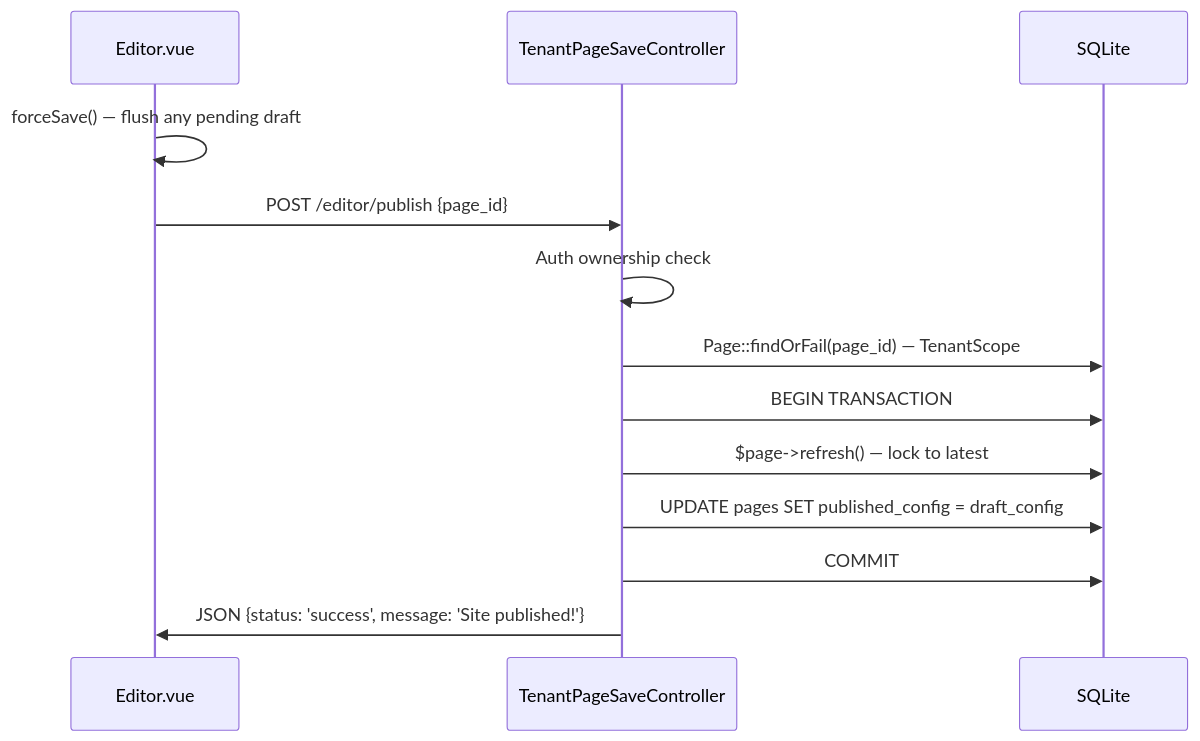
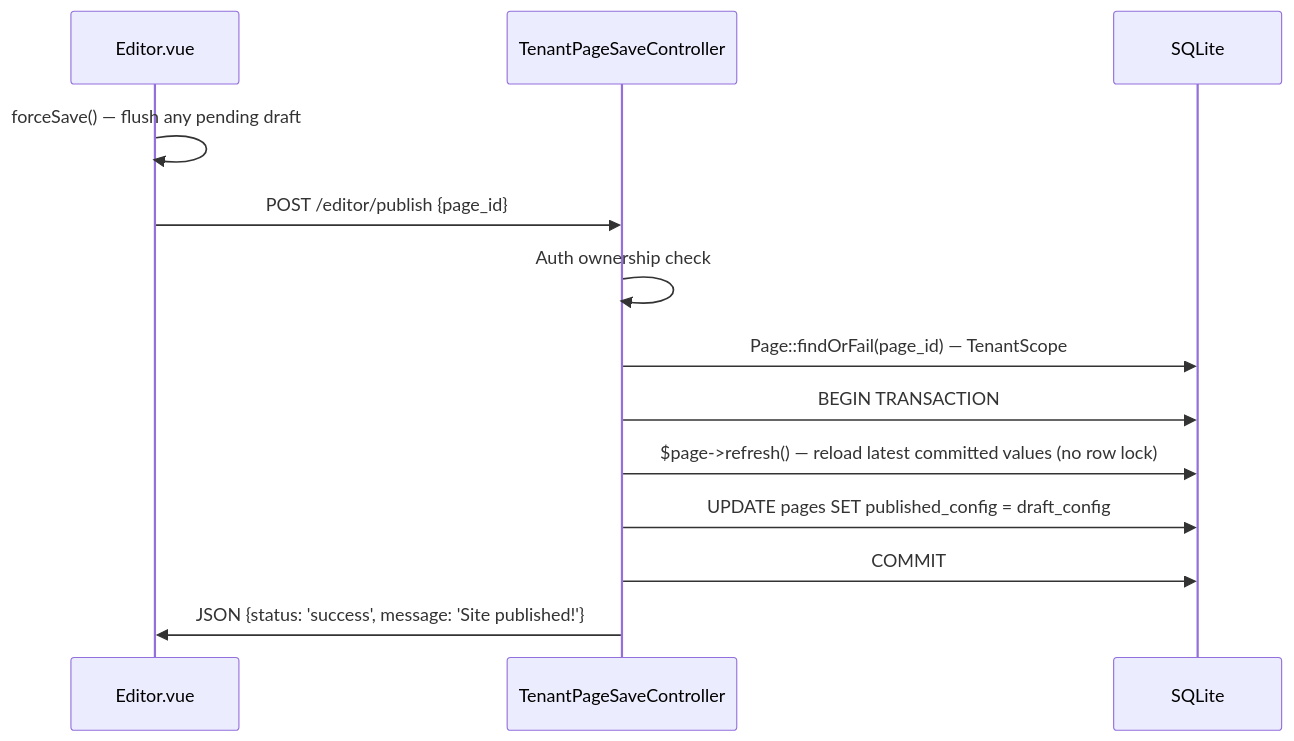
One commit to TDRodney/web-builder changed the fifth of 7 diagrams in spec.md. Above: the diagram before and after it, drawn with Mermaid. The commit also changed other lines of this file and 2 other files, not shown here.

````diff
--- a/spec.md
+++ b/spec.md
@@ -428,16 +433,16 @@
 ```mermaid
 sequenceDiagram
     participant UI as Editor.vue
     participant Server as TenantPageSaveController
     participant DB as SQLite
 
     UI->>UI: forceSave() — flush any pending draft
     UI->>Server: POST /editor/publish {page_id}
     Server->>Server: Auth ownership check
     Server->>DB: Page::findOrFail(page_id) — TenantScope
     Server->>DB: BEGIN TRANSACTION
-    Server->>DB: $page->refresh() — lock to latest
+    Server->>DB: $page->refresh() — reload latest committed values (no row lock)
     Server->>DB: UPDATE pages SET published_config = draft_config
     Server->>DB: COMMIT
     Server->>UI: JSON {status: 'success', message: 'Site published!'}
 ```
````
